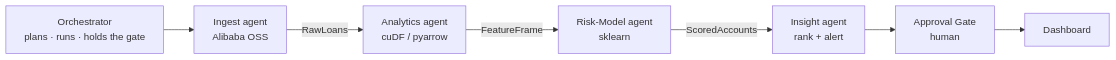
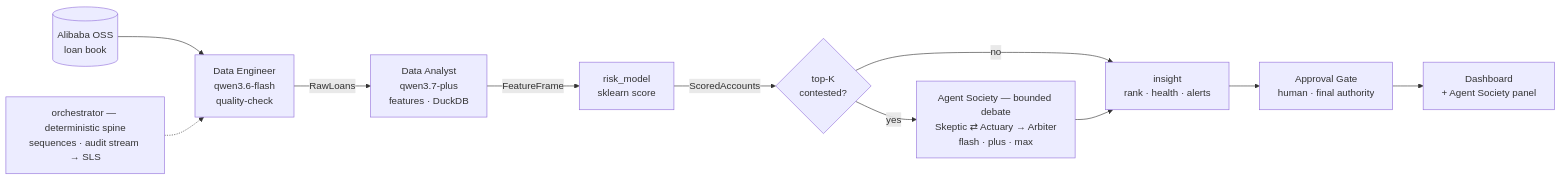
Before and after one commit to MFarizalA/waspada: the diagram in README.md, drawn with Mermaid. The commit also changed other lines of this file and 1 other file, not shown here.

Commit message:
docs: HACKATHON.md + README.md owner revision (6-member society, lakehouse, updated architecture)

````diff
--- a/README.md
+++ b/README.md
@@ -61,9 +64,13 @@
 ```mermaid
 flowchart LR
-    O["Orchestrator<br/>plans · runs · holds the gate"] --> I["Ingest agent<br/>Alibaba OSS"]
-    I -->|RawLoans| A["Analytics agent<br/>cuDF / pyarrow"]
-    A -->|FeatureFrame| R["Risk-Model agent<br/>sklearn"]
-    R -->|ScoredAccounts| N["Insight agent<br/>rank + alert"]
-    N --> G["Approval Gate<br/>human"]
-    G --> D["Dashboard"]
+    OSS[("Alibaba OSS<br/>loan book")] --> DE["Data Engineer<br/>qwen3.6-flash<br/>quality-check"]
+    DE -->|RawLoans| DA["Data Analyst<br/>qwen3.7-plus<br/>features · DuckDB"]
+    DA -->|FeatureFrame| R["risk_model<br/>sklearn score"]
+    R -->|ScoredAccounts| DB{"top-K<br/>contested?"}
+    DB -->|no| N["insight<br/>rank · health · alerts"]
+    DB -->|yes| SOC["Agent Society — bounded debate<br/>Skeptic ⇄ Actuary → Arbiter<br/>flash · plus · max"]
+    SOC --> N
+    N --> G["Approval Gate<br/>human · final authority"]
+    G --> D["Dashboard<br/>+ Agent Society panel"]
+    ORCH["orchestrator — deterministic spine<br/>sequences · audit stream → SLS"] -.-> DE
 ```
````
